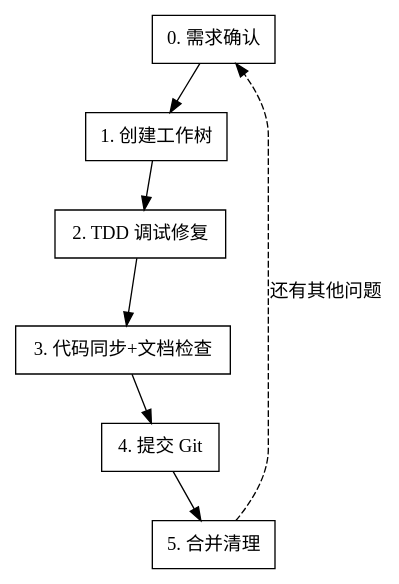
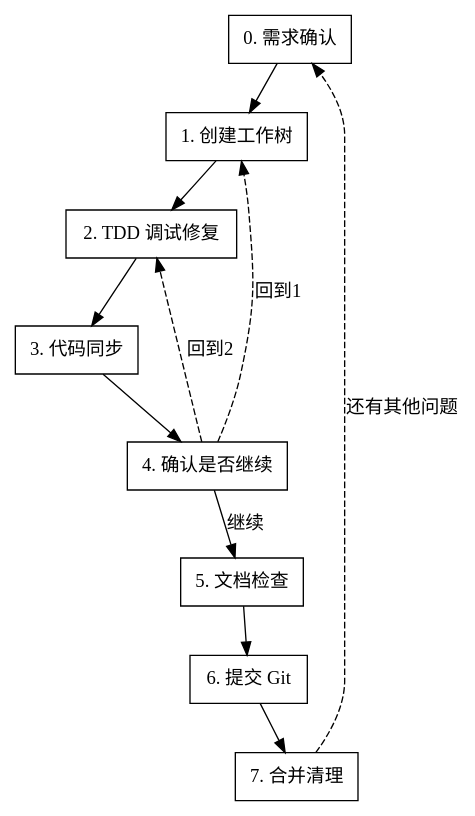
One commit to marcocpt/trae_skills changed the diagram in bug-fix-workflow/SKILL.md. Above: the diagram before and after it, drawn with Graphviz. The commit also changed other lines of this file, not shown here.

````diff
--- a/bug-fix-workflow/SKILL.md
+++ b/bug-fix-workflow/SKILL.md
@@ -22,12 +22,16 @@
 ```dot
 digraph bug_fix_workflow {
     rankdir=TB;
     node [shape=box];
     "0. 需求确认" -> "1. 创建工作树";
     "1. 创建工作树" -> "2. TDD 调试修复";
-    "2. TDD 调试修复" -> "3. 代码同步+文档检查";
-    "3. 代码同步+文档检查" -> "4. 提交 Git";
-    "4. 提交 Git" -> "5. 合并清理";
-    "5. 合并清理" -> "0. 需求确认" [label="还有其他问题", style=dashed];
+    "2. TDD 调试修复" -> "3. 代码同步";
+    "3. 代码同步" -> "4. 确认是否继续";
+    "4. 确认是否继续" -> "5. 文档检查" [label="继续"];
+    "4. 确认是否继续" -> "1. 创建工作树" [label="回到1", style=dashed];
+    "4. 确认是否继续" -> "2. TDD 调试修复" [label="回到2", style=dashed];
+    "5. 文档检查" -> "6. 提交 Git";
+    "6. 提交 Git" -> "7. 合并清理";
+    "7. 合并清理" -> "0. 需求确认" [label="还有其他问题", style=dashed];
 }
 ```
````
